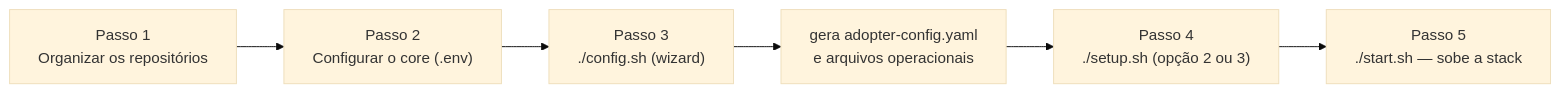
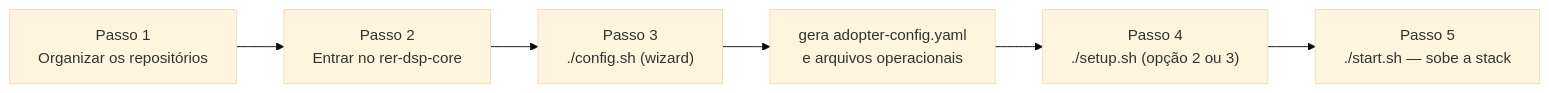
The diagram in docs/guides/full-installation.md (kleber-albino/rer-dsp-docs), drawn with Mermaid (base theme) before and after one commit. The commit also changed other lines of this file and 2 other files, not shown here.

First line of the commit message:
docs: clarify `.env` creation process and update core setup instructions

````diff
--- a/docs/guides/full-installation.md
+++ b/docs/guides/full-installation.md
@@ -20,8 +20,8 @@
 ```mermaid
 flowchart LR
-  r["Passo 1<br/>Organizar os repositórios"] --> e["Passo 2<br/>Configurar o core (.env)"]
+  r["Passo 1<br/>Organizar os repositórios"] --> e["Passo 2<br/>Entrar no rer-dsp-core"]
   e --> a["Passo 3<br/>./config.sh (wizard)"]
   a --> b["gera adopter-config.yaml<br/>e arquivos operacionais"]
   b --> c["Passo 4<br/>./setup.sh (opção 2 ou 3)"]
   c --> d["Passo 5<br/>./start.sh — sobe a stack"]
 ```
````
